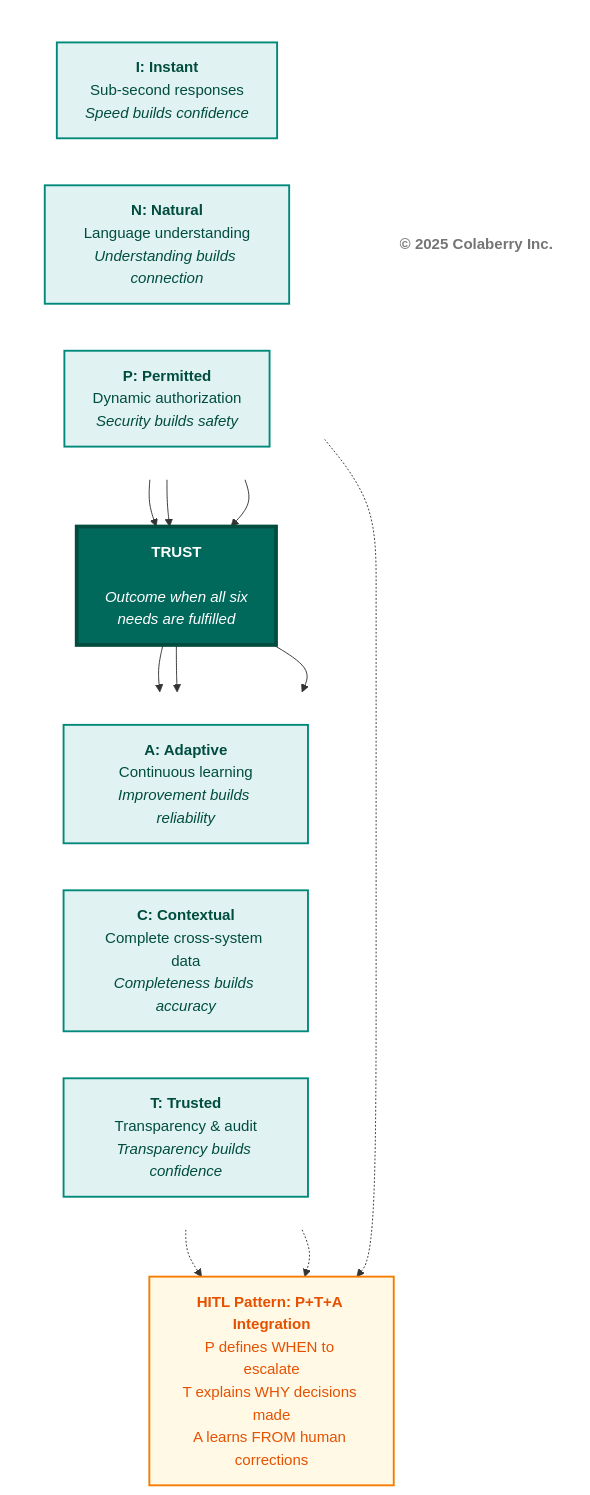
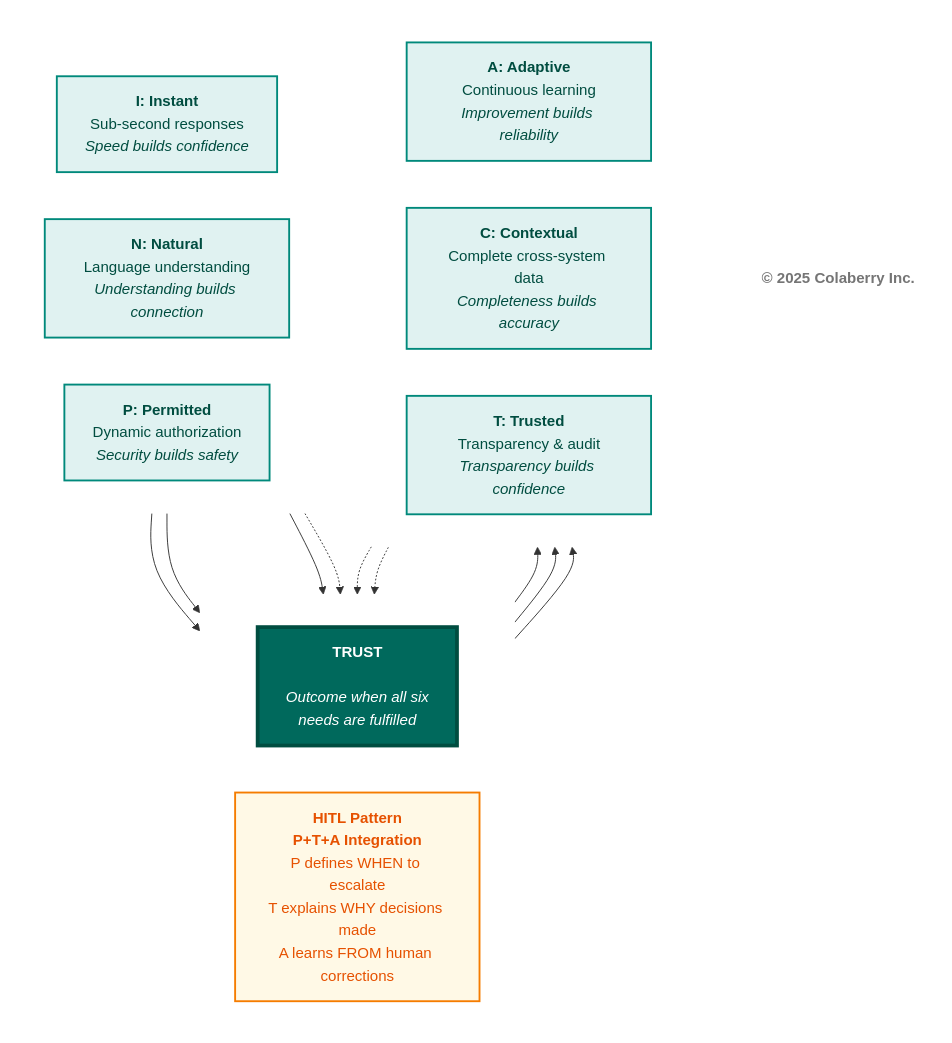
One commit to colaberry/enterprise-data-readiness-ai-agents changed the second of 9 diagrams in chapter-00/chapter_00_complete.md. Above: the diagram before and after it, drawn with Mermaid.

Commit message:
HITL box in 6 needs moved around
HITL box in 6 needs moved around

````diff
--- a/chapter-00/chapter_00_complete.md
+++ b/chapter-00/chapter_00_complete.md
@@ -151,45 +151,48 @@
 ```mermaid
 graph TB
     subgraph TOP[" "]
         direction LR
         I["<b>I: Instant</b><br/>Sub-second responses<br/><i>Speed builds confidence</i>"]
         N["<b>N: Natural</b><br/>Language understanding<br/><i>Understanding builds connection</i>"]
         P["<b>P: Permitted</b><br/>Dynamic authorization<br/><i>Security builds safety</i>"]
     end
     
-    CENTER["<b>TRUST</b><br/><br/><i>Outcome when all six<br/>needs are fulfilled</i>"]
+    subgraph MIDDLE[" "]
+        direction LR
+        CENTER["<b>TRUST</b><br/><br/><i>Outcome when all six<br/>needs are fulfilled</i>"]
+        HITL["<b>HITL Pattern</b><br/><b>P+T+A Integration</b><br/>P defines WHEN to escalate<br/>T explains WHY decisions made<br/>A learns FROM human corrections"]
+    end
     
     subgraph BOTTOM[" "]
         direction LR
         A["<b>A: Adaptive</b><br/>Continuous learning<br/><i>Improvement builds reliability</i>"]
         C["<b>C: Contextual</b><br/>Complete cross-system data<br/><i>Completeness builds accuracy</i>"]
         T["<b>T: Trusted</b><br/>Transparency & audit<br/><i>Transparency builds confidence</i>"]
     end
     
     I --> CENTER
     N --> CENTER
     P --> CENTER
     CENTER --> A
     CENTER --> C
     CENTER --> T
     
-    HITL["<b>HITL Pattern: P+T+A Integration</b><br/>P defines WHEN to escalate<br/>T explains WHY decisions made<br/>A learns FROM human corrections"]
-    
     P -.-> HITL
     T -.-> HITL
     A -.-> HITL
     
     style TOP fill:#ffffff,stroke:none
+    style MIDDLE fill:#ffffff,stroke:none
     style BOTTOM fill:#ffffff,stroke:none
     style CENTER fill:#00695c,color:#ffffff,stroke:#004d40,stroke-width:4px
     style I fill:#e0f2f1,stroke:#00897b,stroke-width:2px,color:#004d40
     style N fill:#e0f2f1,stroke:#00897b,stroke-width:2px,color:#004d40
     style P fill:#e0f2f1,stroke:#00897b,stroke-width:2px,color:#004d40
     style A fill:#e0f2f1,stroke:#00897b,stroke-width:2px,color:#004d40
     style C fill:#e0f2f1,stroke:#00897b,stroke-width:2px,color:#004d40
     style T fill:#e0f2f1,stroke:#00897b,stroke-width:2px,color:#004d40
     style HITL fill:#fff9e6,stroke:#f57c00,stroke-width:2px,color:#e65100
     
     Copyright["<b>© 2025 Colaberry Inc.</b>"]
     style Copyright fill:#ffffff,stroke:none,color:#757575
 ```
````
